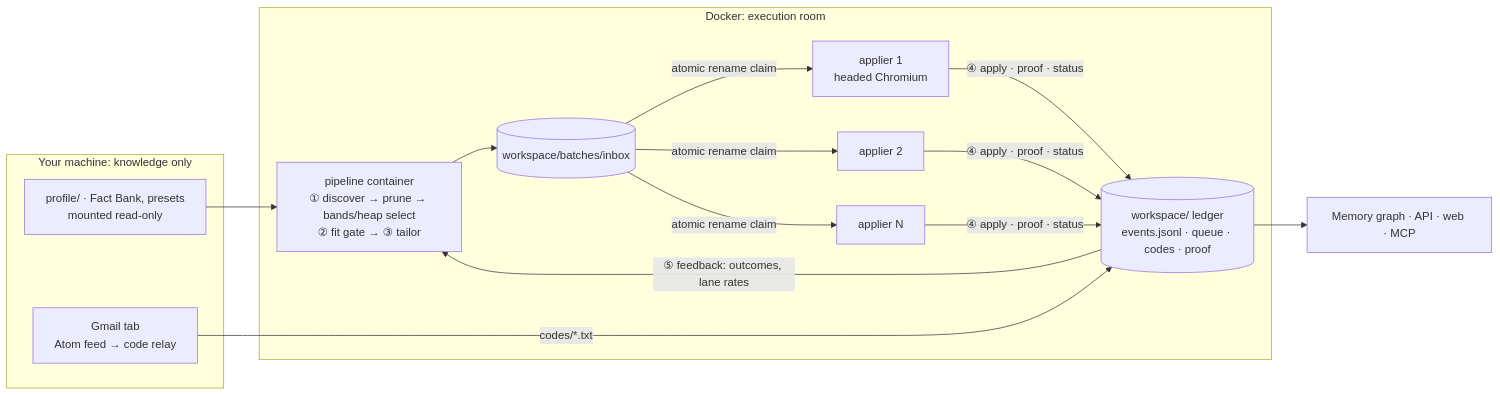
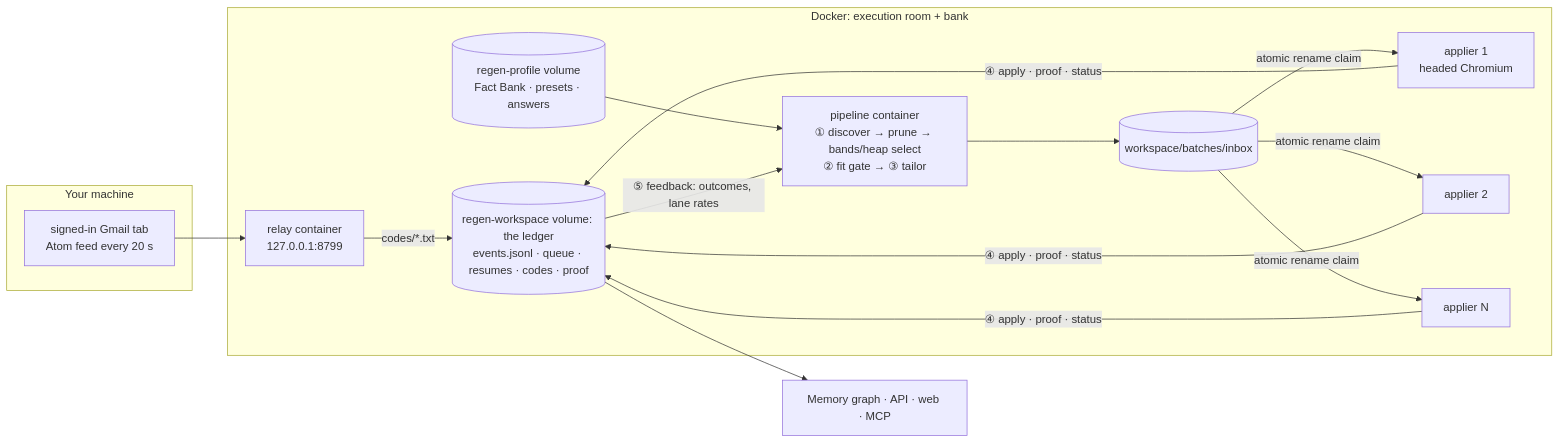
One commit to sameernagar-hub/regen-engine changed the second of 2 diagrams in README.md. Above: the diagram before and after it, drawn with Mermaid. The commit also changed other lines of this file and 4 other files, not shown here.

Commit message:
The bank: data in Docker named volumes (regen-profile, regen-workspace); bank.compose.yml with seed, applier, pipeline and relay services; relay binds 0.0.0.0 in-container, published on loopback only; README/ARCHITECTURE/wiki updated

````diff
--- a/README.md
+++ b/README.md
@@ -293,22 +299,24 @@
 ```mermaid
 flowchart LR
-    subgraph Host["Your machine: knowledge only"]
-        P[profile/ · Fact Bank, presets<br/>mounted read-only]
-        G[Gmail tab<br/>Atom feed → code relay]
+    subgraph Host["Your machine"]
+        G[signed-in Gmail tab<br/>Atom feed every 20 s]
     end
-    subgraph Docker["Docker: execution room"]
+    subgraph Docker["Docker: execution room + bank"]
+        P[("regen-profile volume<br/>Fact Bank · presets · answers")]
+        R[relay container<br/>127.0.0.1:8799]
         PL["pipeline container<br/>① discover → prune → bands/heap select<br/>② fit gate → ③ tailor"]
         IN[(workspace/batches/inbox)]
         W1["applier 1<br/>headed Chromium"]
         W2["applier 2"]
         WN["applier N"]
-        L[("workspace/ ledger<br/>events.jsonl · queue · codes · proof")]
+        L[("regen-workspace volume: the ledger<br/>events.jsonl · queue · resumes · codes · proof")]
     end
     P --> PL
     PL --> IN
     IN -- atomic rename claim --> W1 & W2 & WN
     W1 & W2 & WN -- "④ apply · proof · status" --> L
-    G -- "codes/*.txt" --> L
+    G --> R
+    R -- "codes/*.txt" --> L
     L -- "⑤ feedback: outcomes, lane rates" --> PL
     L --> M["Memory graph · API · web · MCP"]
 ```
````
